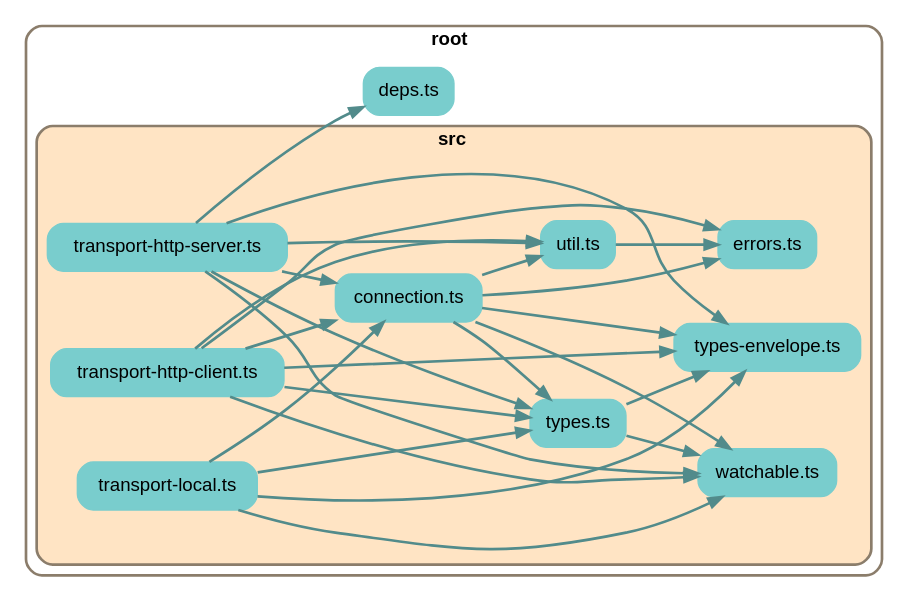
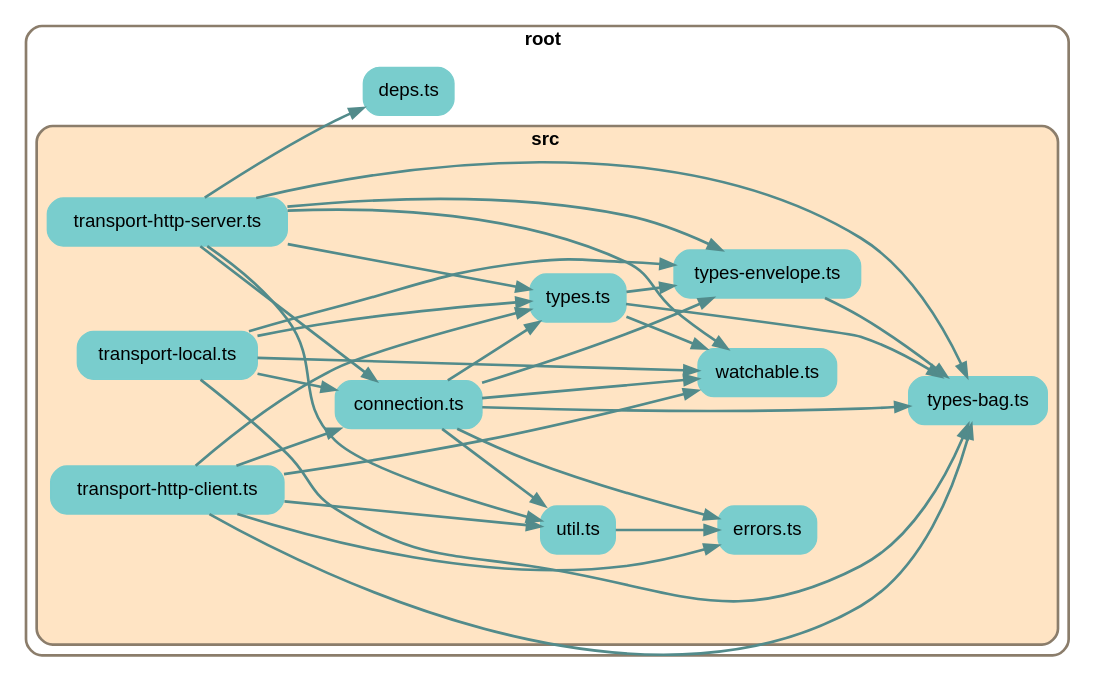
The diagram in depchart/depchart-simple.dot (earthstar-project/earthstar-streaming-rpc), drawn with Graphviz before and after one commit. The commit also changed 5 other files, not shown here.

```diff
--- a/depchart/depchart-simple.dot
+++ b/depchart/depchart-simple.dot
@@ -1,68 +1,74 @@
 
 digraph G {
     //splines=line;
     //splines=polyline;
     splines=true;
     rankdir=LR;
     //newrank=true;
     compound=true;
     graph [fontname = "helvetica"];  // dpi=72
     node [fontname = "helvetica"];
     edge [fontname = "helvetica"];
     
     // files in their folder clusters
 
-    subgraph cluster6120518647 {
+    subgraph cluster7484784333 {
         label=<<b>root</b>>;
         style="rounded";
         color=bisque4;
         penwidth=2;
                     
         "deps.ts" [label="deps.ts", shape=rectangle; style="rounded,filled"; color=darkslategray3];
 
-        subgraph cluster9450472687 {
+        subgraph cluster249736545 {
             label=<<b>src</b>>;
             style="rounded,filled";
             fillcolor=bisque;
             color=bisque4;
             penwidth=2;
                     
             "src/connection.ts" [label="connection.ts", shape=rectangle; style="rounded,filled"; color=darkslategray3];
             "src/errors.ts" [label="errors.ts", shape=rectangle; style="rounded,filled"; color=darkslategray3];
             "src/transport-http-client.ts" [label="transport-http-client.ts", shape=rectangle; style="rounded,filled"; color=darkslategray3];
             "src/transport-http-server.ts" [label="transport-http-server.ts", shape=rectangle; style="rounded,filled"; color=darkslategray3];
             "src/transport-local.ts" [label="transport-local.ts", shape=rectangle; style="rounded,filled"; color=darkslategray3];
+            "src/types-bag.ts" [label="types-bag.ts", shape=rectangle; style="rounded,filled"; color=darkslategray3];
             "src/types-envelope.ts" [label="types-envelope.ts", shape=rectangle; style="rounded,filled"; color=darkslategray3];
             "src/types.ts" [label="types.ts", shape=rectangle; style="rounded,filled"; color=darkslategray3];
             "src/util.ts" [label="util.ts", shape=rectangle; style="rounded,filled"; color=darkslategray3];
             "src/watchable.ts" [label="watchable.ts", shape=rectangle; style="rounded,filled"; color=darkslategray3];
         }
     }
 
     // edges between files
     "src/connection.ts" -> "src/errors.ts" [penwidth=2; color=darkslategray4];
     "src/connection.ts" -> "src/types.ts" [penwidth=2; color=darkslategray4];
+    "src/connection.ts" -> "src/types-bag.ts" [penwidth=2; color=darkslategray4];
     "src/connection.ts" -> "src/types-envelope.ts" [penwidth=2; color=darkslategray4];
     "src/connection.ts" -> "src/watchable.ts" [penwidth=2; color=darkslategray4];
     "src/connection.ts" -> "src/util.ts" [penwidth=2; color=darkslategray4];
+    "src/transport-http-client.ts" -> "src/types-bag.ts" [penwidth=2; color=darkslategray4];
     "src/transport-http-client.ts" -> "src/errors.ts" [penwidth=2; color=darkslategray4];
     "src/transport-http-client.ts" -> "src/types.ts" [penwidth=2; color=darkslategray4];
-    "src/transport-http-client.ts" -> "src/types-envelope.ts" [penwidth=2; color=darkslategray4];
     "src/transport-http-client.ts" -> "src/watchable.ts" [penwidth=2; color=darkslategray4];
     "src/transport-http-client.ts" -> "src/util.ts" [penwidth=2; color=darkslategray4];
     "src/transport-http-client.ts" -> "src/connection.ts" [penwidth=2; color=darkslategray4];
+    "src/transport-http-server.ts" -> "src/types-bag.ts" [penwidth=2; color=darkslategray4];
     "src/transport-http-server.ts" -> "src/types.ts" [penwidth=2; color=darkslategray4];
     "src/transport-http-server.ts" -> "src/types-envelope.ts" [penwidth=2; color=darkslategray4];
     "src/transport-http-server.ts" -> "src/util.ts" [penwidth=2; color=darkslategray4];
     "src/transport-http-server.ts" -> "src/watchable.ts" [penwidth=2; color=darkslategray4];
     "src/transport-http-server.ts" -> "src/connection.ts" [penwidth=2; color=darkslategray4];
     "src/transport-http-server.ts" -> "deps.ts" [penwidth=2; color=darkslategray4];
+    "src/transport-local.ts" -> "src/types-bag.ts" [penwidth=2; color=darkslategray4];
     "src/transport-local.ts" -> "src/types.ts" [penwidth=2; color=darkslategray4];
     "src/transport-local.ts" -> "src/types-envelope.ts" [penwidth=2; color=darkslategray4];
     "src/transport-local.ts" -> "src/watchable.ts" [penwidth=2; color=darkslategray4];
     "src/transport-local.ts" -> "src/connection.ts" [penwidth=2; color=darkslategray4];
+    "src/types-envelope.ts" -> "src/types-bag.ts" [penwidth=2; color=darkslategray4];
     "src/types.ts" -> "src/types-envelope.ts" [penwidth=2; color=darkslategray4];
+    "src/types.ts" -> "src/types-bag.ts" [penwidth=2; color=darkslategray4];
     "src/types.ts" -> "src/watchable.ts" [penwidth=2; color=darkslategray4];
     "src/util.ts" -> "src/errors.ts" [penwidth=2; color=darkslategray4];
 
 }
```
